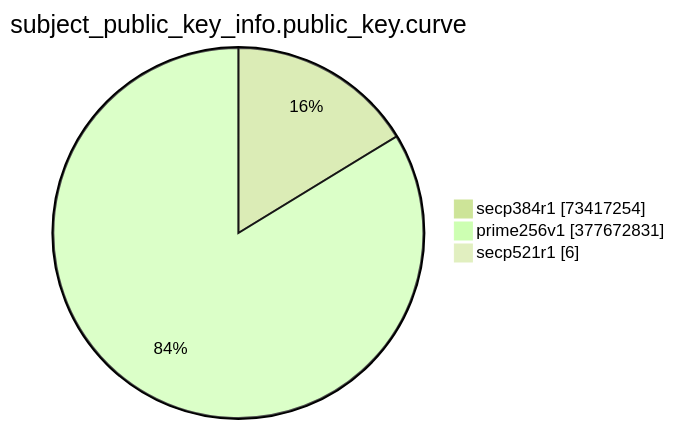
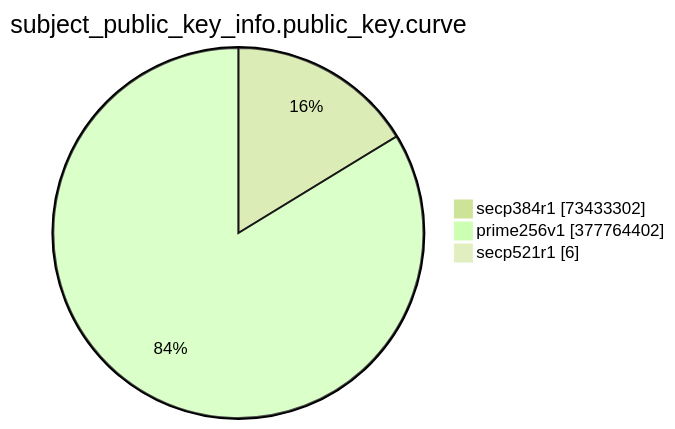
Before and after one commit to christiankrug/ctmonitor_visualization: the eighth of 15 diagrams in TOTAL/README.md, drawn with Mermaid (forest theme). The commit also changed other lines of this file, not shown here.

````diff
--- a/TOTAL/README.md
+++ b/TOTAL/README.md
@@ -3094,7 +3094,7 @@
 ```mermaid
 pie showData
 title subject_public_key_info.public_key.curve
-"secp384r1" :73417254
-"prime256v1" :377672831
+"secp384r1" :73433302
+"prime256v1" :377764402
 "secp521r1" :6
 ```
````
